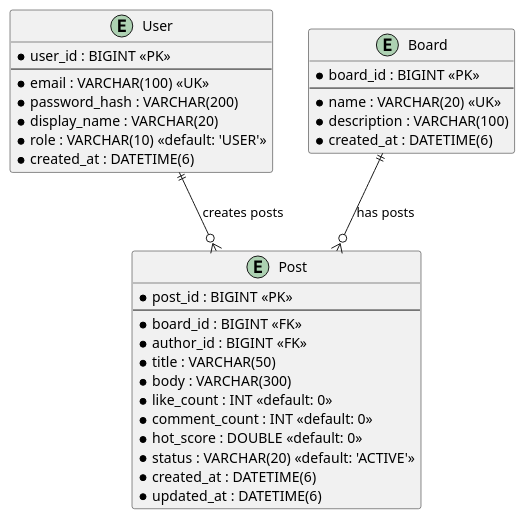
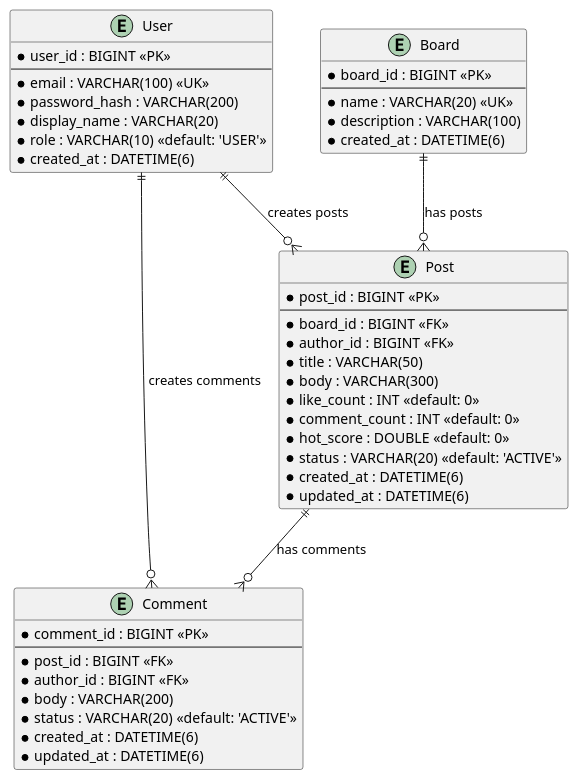
One commit to honeykokia/dcard-lite changed the diagram in docs/db/er-map.puml. Above: the diagram before and after it, drawn with PlantUML. The commit also changed 21 other files, not shown here.

```diff
--- a/docs/db/er-map.puml
+++ b/docs/db/er-map.puml
@@ -1,37 +1,50 @@
 @startuml
 entity "User" as User {
   * user_id : BIGINT <<PK>>
   --
   * email : VARCHAR(100) <<UK>>
   * password_hash : VARCHAR(200)
   * display_name : VARCHAR(20)
   * role : VARCHAR(10) <<default: 'USER'>>
   * created_at : DATETIME(6)
 }
 
 entity "Board" as Board {
   * board_id : BIGINT <<PK>>
   --
   * name : VARCHAR(20) <<UK>>
   * description : VARCHAR(100)
   * created_at : DATETIME(6)
 }
 
 entity "Post" as Post {
   * post_id : BIGINT <<PK>>
   --
   * board_id : BIGINT <<FK>>
   * author_id : BIGINT <<FK>>
   * title : VARCHAR(50)
   * body : VARCHAR(300)
   * like_count : INT <<default: 0>>
   * comment_count : INT <<default: 0>>
   * hot_score : DOUBLE <<default: 0>>
   * status : VARCHAR(20) <<default: 'ACTIVE'>>
   * created_at : DATETIME(6)
   * updated_at : DATETIME(6)
 }
 
+entity "Comment" as Comment {
+  * comment_id : BIGINT <<PK>>
+  --
+  * post_id : BIGINT <<FK>>
+  * author_id : BIGINT <<FK>>
+  * body : VARCHAR(200)
+  * status : VARCHAR(20) <<default: 'ACTIVE'>>
+  * created_at : DATETIME(6)
+  * updated_at : DATETIME(6)
+}
+
 Board ||--o{ Post : "has posts"
 User ||--o{ Post : "creates posts"
+Post ||--o{ Comment : "has comments"
+User ||--o{ Comment : "creates comments"
 @enduml
```
